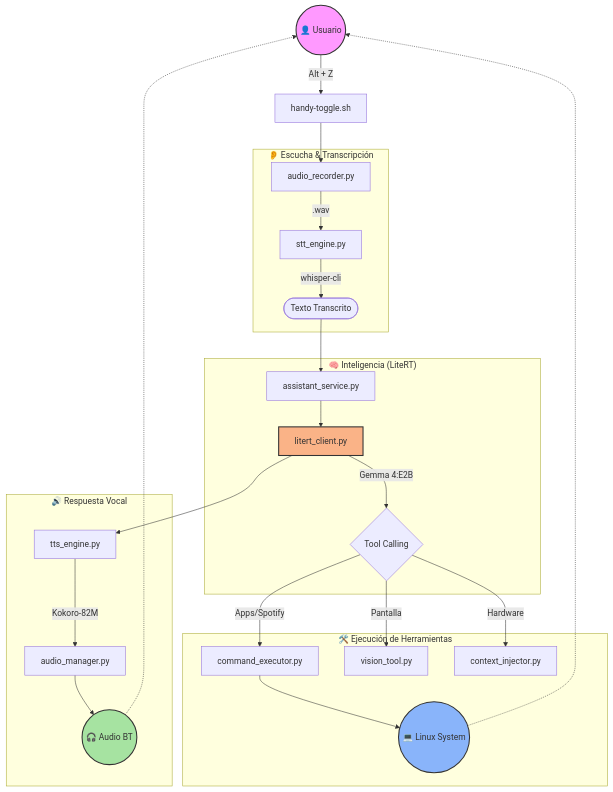
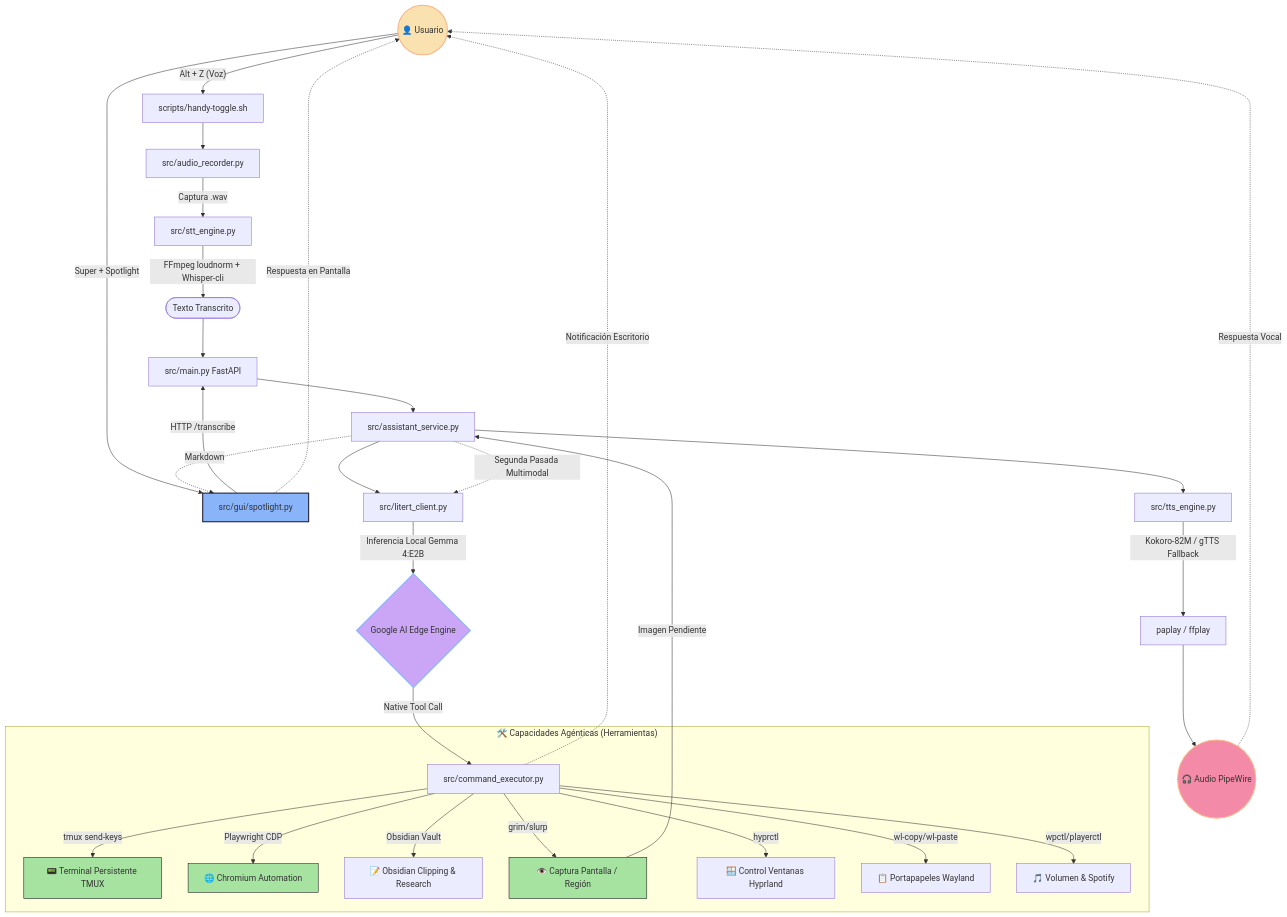
Before and after one commit to vicherarr/asistenteIaOmarchy: the diagram in README.md, drawn with Mermaid. The commit also changed other lines of this file and 131 other files, not shown here.

````diff
--- a/README.md
+++ b/README.md
@@ -18,37 +19,55 @@
 ```mermaid
 graph TD
-    User((👤 Usuario)) -- "Alt + Z" --> Trigger[handy-toggle.sh]
-    Trigger --> Rec[audio_recorder.py]
+    %% Triggering inputs
+    User((👤 Usuario)) -- "Alt + Z (Voz)" --> Trigger[scripts/handy-toggle.sh]
+    User -- "Super + Spotlight" --> Spotlight[src/gui/spotlight.py]
+
+    %% Recording & Transcription
+    Trigger --> Rec[src/audio_recorder.py]
+    Rec -- "Captura .wav" --> STT[src/stt_engine.py]
+    STT -- "FFmpeg loudnorm + Whisper-cli" --> Text([Texto Transcrito])
     
-    subgraph "👂 Escucha & Transcripción"
-    Rec -- ".wav" --> STT[stt_engine.py]
-    STT -- "whisper-cli" --> Text([Texto Transcrito])
+    %% API & Brain Orchestration
+    Text --> API[src/main.py FastAPI]
+    Spotlight -- "HTTP /transcribe" --> API
+    API --> Service[src/assistant_service.py]
+    Service --> Client[src/litert_client.py]
+    Client -- "Inferencia Local Gemma 4:E2B" --> Engine{Google AI Edge Engine}
+
+    %% Native Tool Calling Loop
+    Engine -- "Native Tool Call" --> Tools[src/command_executor.py]
+    
+    subgraph "🛠️ Capacidades Agénticas (Herramientas)"
+        Tools -- "tmux send-keys" --> Tmux[📟 Terminal Persistente TMUX]
+        Tools -- "Playwright CDP" --> CDP[🌐 Chromium Automation]
+        Tools -- "Obsidian Vault" --> Obsidian[📝 Obsidian Clipping & Research]
+        Tools -- "grim/slurp" --> Vision[👁️ Captura Pantalla / Región]
+        Tools -- "hyprctl" --> Hypr[🪟 Control Ventanas Hyprland]
+        Tools -- "wl-copy/wl-paste" --> Clip[📋 Portapapeles Wayland]
+        Tools -- "wpctl/playerctl" --> AudioMusic[🎵 Volumen & Spotify]
     end
 
-    subgraph "🧠 Inteligencia (LiteRT)"
-    Text --> Service[assistant_service.py]
-    Service --> Client[litert_client.py]
-    Client -- "Gemma 4:E2B" --> Tools{Tool Calling}
-    end
+    %% Visual Loop for Screenshot Analysis
+    Vision -- "Imagen Pendiente" --> Service
+    Service -.-> |"Segunda Pasada Multimodal"| Client
 
-    subgraph "🛠️ Ejecución de Herramientas"
-    Tools -- "Apps/Spotify" --> Exec[command_executor.py]
-    Tools -- "Pantalla" --> Vision[vision_tool.py]
-    Tools -- "Hardware" --> Context[context_injector.py]
-    Exec --> OS((💻 Linux System))
-    end
+    %% Output loop
+    Service --> TTS[src/tts_engine.py]
+    TTS -- "Kokoro-82M / gTTS Fallback" --> Play[paplay / ffplay]
+    Play --> Output((🎧 Audio PipeWire))
+    
+    %% Feedback loops
+    Tools -.-> |"Notificación Escritorio"| User
+    Output -.-> |"Respuesta Vocal"| User
+    Service -.-> |"Markdown"| Spotlight
+    Spotlight -.-> |"Respuesta en Pantalla"| User
 
-    subgraph "🔊 Respuesta Vocal"
-    Client --> TTS[tts_engine.py]
-    TTS -- "Kokoro-82M" --> Play[audio_manager.py]
-    Play --> Output((🎧 Audio BT))
-    end
-
-    OS -.-> User
-    Output -.-> User
-    
-    style User fill:#f9f,stroke:#333,stroke-width:2px
-    style OS fill:#89b4fa,stroke:#333,stroke-width:2px
-    style Output fill:#a6e3a1,stroke:#333,stroke-width:2px
-    style Client fill:#fab387,stroke:#333,stroke-width:2px
+    %% Styling
+    style User fill:#f9e2af,stroke:#fab387,stroke-width:2px
+    style Engine fill:#cba6f7,stroke:#89b4fa,stroke-width:2px
+    style Spotlight fill:#89b4fa,stroke:#1e1e2e,stroke-width:2px
+    style Tmux fill:#a6e3a1,stroke:#11111b,stroke-width:1px
+    style CDP fill:#a6e3a1,stroke:#11111b,stroke-width:1px
+    style Vision fill:#a6e3a1,stroke:#11111b,stroke-width:1px
+    style Output fill:#f38ba8,stroke:#fab387,stroke-width:2px
 ```
````
